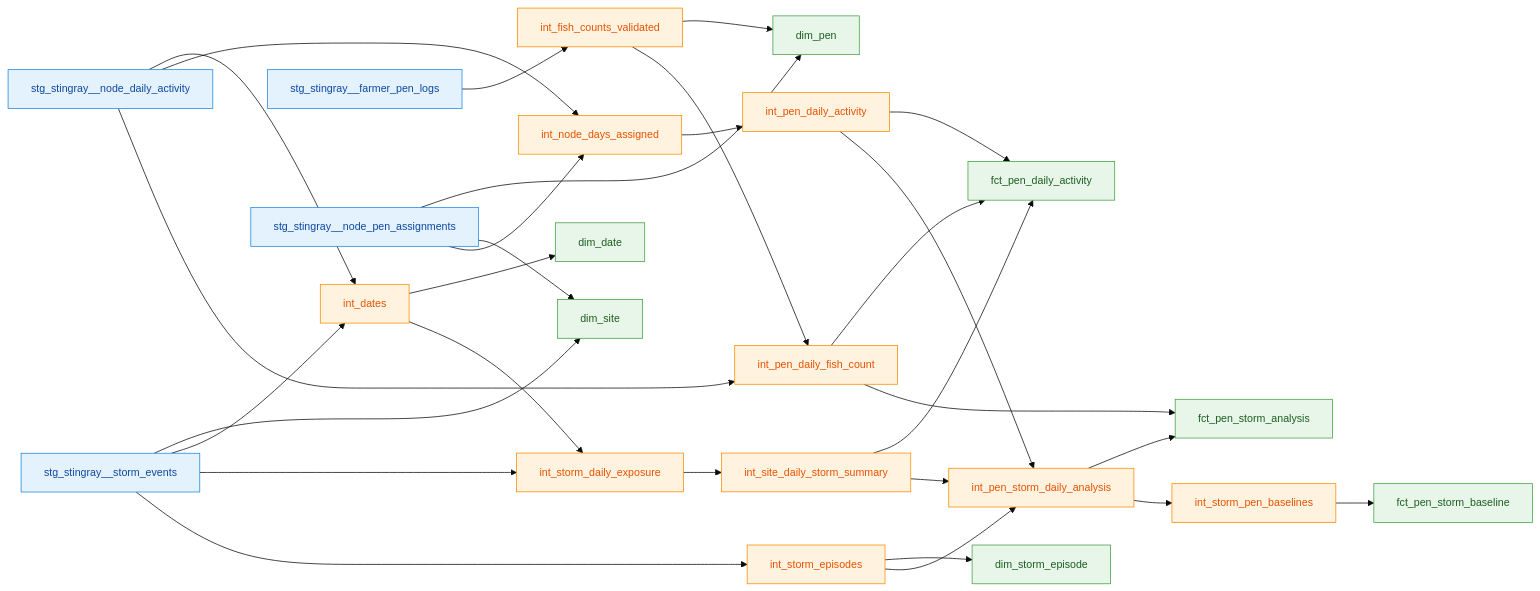
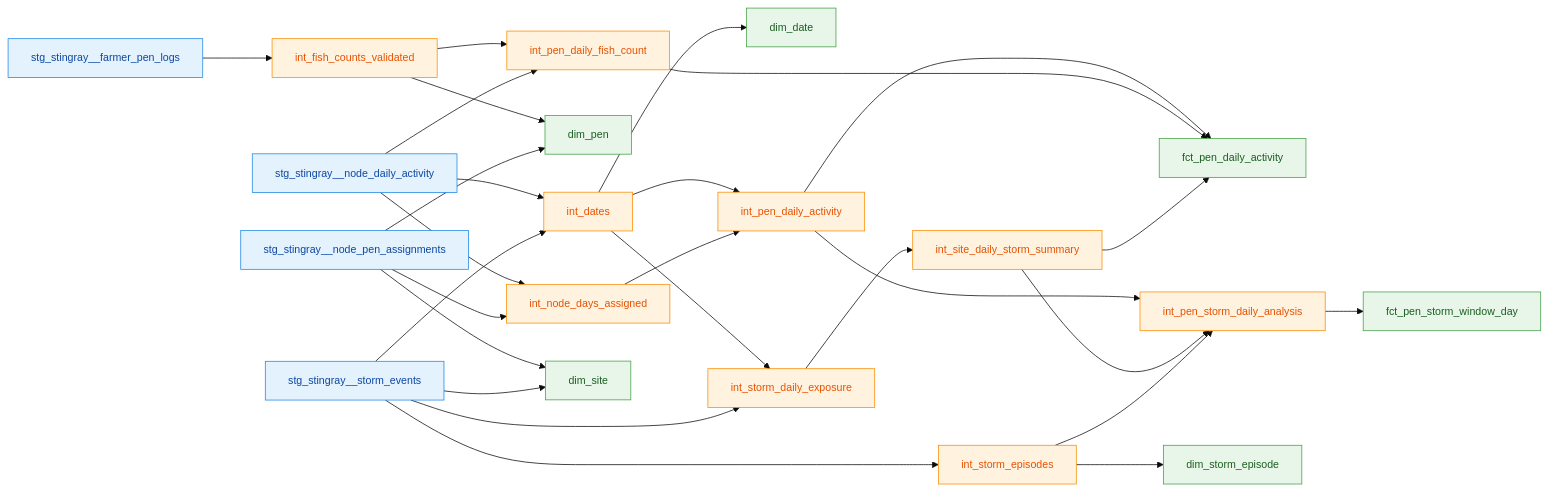
The diagram in docs/diagrams/dag.mmd (siducky/stingray-ae-case), drawn with Mermaid before and after one commit. The commit also changed 23 other files, not shown here.

First line of the commit message:
feat: complete storm-window mart and data lineage slide

```diff
--- a/docs/diagrams/dag.mmd
+++ b/docs/diagrams/dag.mmd
@@ -1,38 +1,36 @@
 %%{init: {'theme':'base','themeVariables':{'fontFamily':'Helvetica','fontSize':'14px'}}}%%
 flowchart LR
 
   int_dates --> dim_date
+  int_dates --> int_pen_daily_activity
   int_dates --> int_storm_daily_exposure
   int_fish_counts_validated --> dim_pen
   int_fish_counts_validated --> int_pen_daily_fish_count
   int_node_days_assigned --> int_pen_daily_activity
   int_pen_daily_activity --> fct_pen_daily_activity
   int_pen_daily_activity --> int_pen_storm_daily_analysis
   int_pen_daily_fish_count --> fct_pen_daily_activity
-  int_pen_daily_fish_count --> fct_pen_storm_analysis
-  int_pen_storm_daily_analysis --> fct_pen_storm_analysis
-  int_pen_storm_daily_analysis --> int_storm_pen_baselines
+  int_pen_storm_daily_analysis --> fct_pen_storm_window_day
   int_site_daily_storm_summary --> fct_pen_daily_activity
   int_site_daily_storm_summary --> int_pen_storm_daily_analysis
   int_storm_daily_exposure --> int_site_daily_storm_summary
   int_storm_episodes --> dim_storm_episode
   int_storm_episodes --> int_pen_storm_daily_analysis
-  int_storm_pen_baselines --> fct_pen_storm_baseline
   stg_stingray__farmer_pen_logs --> int_fish_counts_validated
   stg_stingray__node_daily_activity --> int_dates
   stg_stingray__node_daily_activity --> int_node_days_assigned
   stg_stingray__node_daily_activity --> int_pen_daily_fish_count
   stg_stingray__node_pen_assignments --> dim_pen
   stg_stingray__node_pen_assignments --> dim_site
   stg_stingray__node_pen_assignments --> int_node_days_assigned
   stg_stingray__storm_events --> dim_site
   stg_stingray__storm_events --> int_dates
   stg_stingray__storm_events --> int_storm_daily_exposure
   stg_stingray__storm_events --> int_storm_episodes
 
   classDef stg  fill:#e3f2fd,stroke:#1e88e5,color:#0d47a1
   classDef int  fill:#fff3e0,stroke:#fb8c00,color:#e65100
   classDef mart fill:#e8f5e9,stroke:#43a047,color:#1b5e20
   class stg_stingray__farmer_pen_logs,stg_stingray__node_daily_activity,stg_stingray__node_pen_assignments,stg_stingray__storm_events stg
-  class int_dates,int_fish_counts_validated,int_node_days_assigned,int_pen_daily_activity,int_pen_daily_fish_count,int_pen_storm_daily_analysis,int_site_daily_storm_summary,int_storm_daily_exposure,int_storm_episodes,int_storm_pen_baselines int
-  class dim_date,dim_pen,dim_site,dim_storm_episode,fct_pen_daily_activity,fct_pen_storm_analysis,fct_pen_storm_baseline mart
+  class int_dates,int_fish_counts_validated,int_node_days_assigned,int_pen_daily_activity,int_pen_daily_fish_count,int_pen_storm_daily_analysis,int_site_daily_storm_summary,int_storm_daily_exposure,int_storm_episodes int
+  class dim_date,dim_pen,dim_site,dim_storm_episode,fct_pen_daily_activity,fct_pen_storm_window_day mart
```
